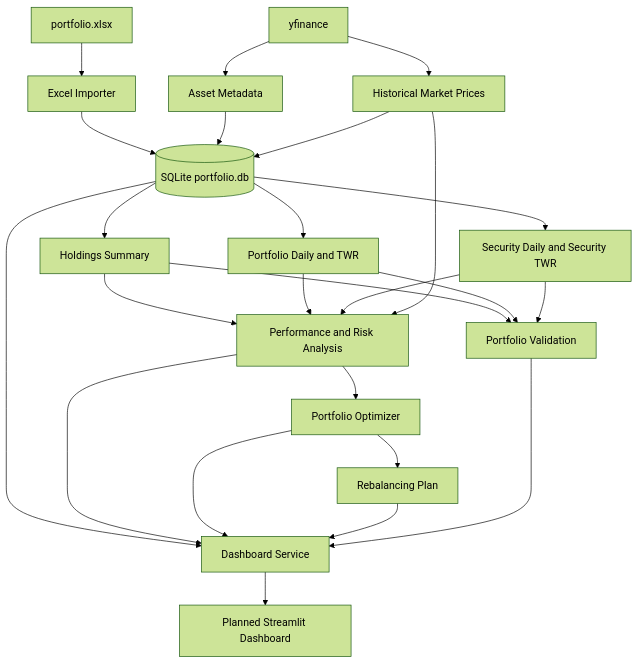
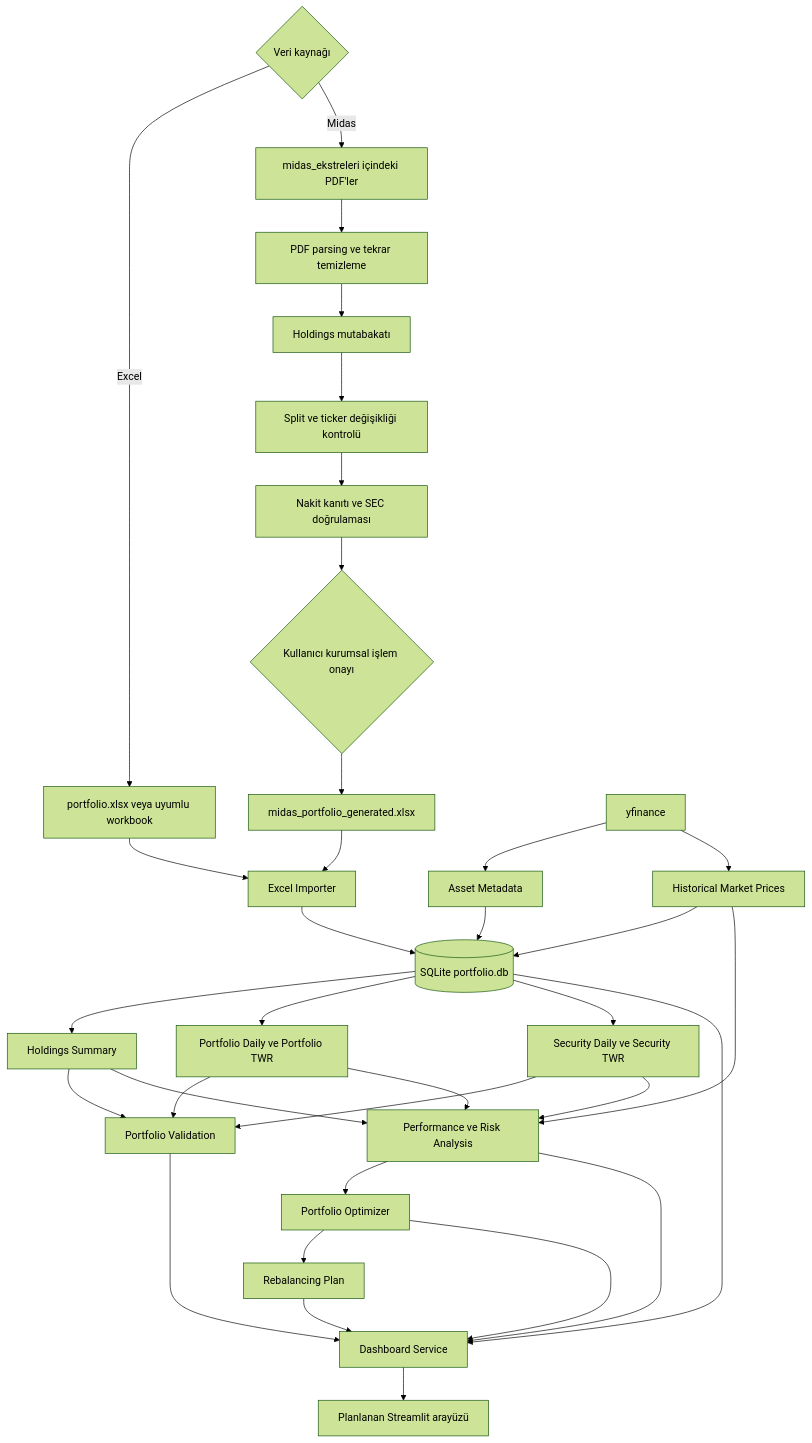
Before and after one commit to utkudemircan35/us-equity-portfolio-decision-support: the diagram in README.md, drawn with Mermaid (forest theme). The commit also changed other lines of this file and 20 other files, not shown here.

````diff
--- a/README.md
+++ b/README.md
@@ -105,27 +114,37 @@
 ```mermaid
 flowchart TD
-    A[portfolio.xlsx] --> B[Excel Importer]
-    B --> C[(SQLite portfolio.db)]
-    D[yfinance] --> E[Asset Metadata]
-    D --> F[Historical Market Prices]
-    E --> C
-    F --> C
-    C --> G[Holdings Summary]
-    C --> H[Portfolio Daily and TWR]
-    C --> I[Security Daily and Security TWR]
-    G --> J[Performance and Risk Analysis]
-    H --> J
+    A{Veri kaynağı}
+    A -->|Excel| B[portfolio.xlsx veya uyumlu workbook]
+    A -->|Midas| C[midas_ekstreleri içindeki PDF'ler]
+    C --> D[PDF parsing ve tekrar temizleme]
+    D --> E[Holdings mutabakatı]
+    E --> F[Split ve ticker değişikliği kontrolü]
+    F --> G[Nakit kanıtı ve SEC doğrulaması]
+    G --> H{Kullanıcı kurumsal işlem onayı}
+    H --> I[midas_portfolio_generated.xlsx]
+    B --> J[Excel Importer]
     I --> J
-    F --> J
-    J --> K[Portfolio Optimizer]
-    K --> L[Rebalancing Plan]
-    G --> M[Portfolio Validation]
-    H --> M
-    I --> M
-    C --> N[Dashboard Service]
-    J --> N
-    K --> N
-    L --> N
-    M --> N
-    N --> O[Planned Streamlit Dashboard]
+    J --> K[(SQLite portfolio.db)]
+    L[yfinance] --> M[Asset Metadata]
+    L --> N[Historical Market Prices]
+    M --> K
+    N --> K
+    K --> O[Holdings Summary]
+    K --> P[Portfolio Daily ve Portfolio TWR]
+    K --> Q[Security Daily ve Security TWR]
+    O --> R[Portfolio Validation]
+    P --> R
+    Q --> R
+    O --> S[Performance ve Risk Analysis]
+    P --> S
+    Q --> S
+    N --> S
+    S --> T[Portfolio Optimizer]
+    T --> U[Rebalancing Plan]
+    K --> V[Dashboard Service]
+    S --> V
+    T --> V
+    U --> V
+    R --> V
+    V --> W[Planlanan Streamlit arayüzü]
 ```
````
